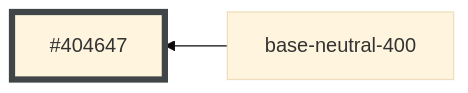
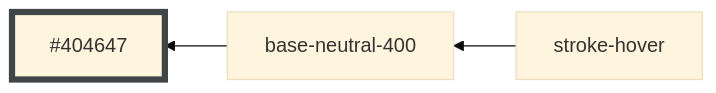
Before and after one commit to oxidecomputer/design-system: diagram 46 of 51 in styles/dist/blue.md, drawn with Mermaid (base theme). The commit also changed 8 other files, not shown here.

````diff
--- a/styles/dist/blue.md
+++ b/styles/dist/blue.md
@@ -535,6 +535,7 @@
 ```mermaid
 graph RL
   base-neutral-400 --> #404647:::base-neutral-400
+  stroke-hover --> base-neutral-400
 
 	classDef base-neutral-400 stroke-width:5,stroke:#404647
 ```
````
